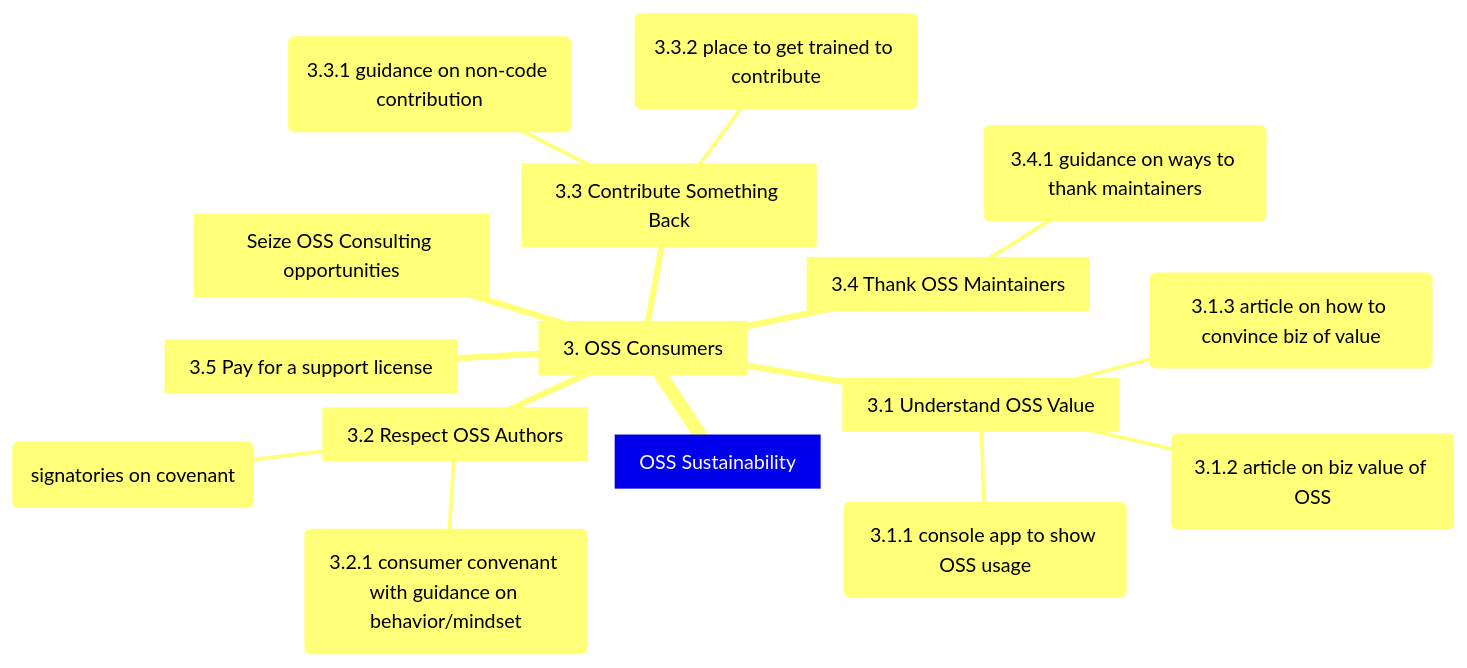
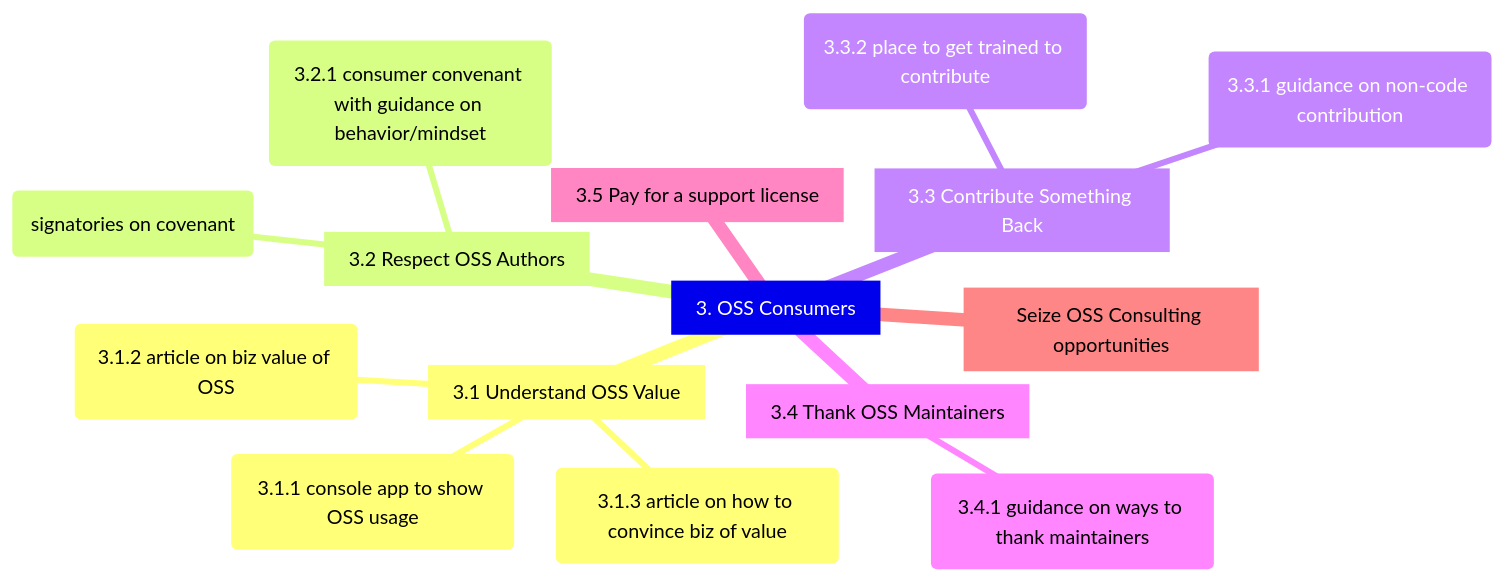
Before and after one commit to AWiderDotNET/home: the third of 8 diagrams in README.md, drawn with Mermaid. The commit also changed other lines of this file, not shown here.

````diff
--- a/README.md
+++ b/README.md
@@ -52,19 +50,18 @@
 ```mermaid
 mindmap
-  root[OSS Sustainability]
-    3[3. OSS Consumers]
-      3.1[3.1 Understand OSS Value]
-        3.1.1(3.1.1 console app to show OSS usage)
-        3.1.2(3.1.2 article on biz value of OSS)
-        3.1.3(3.1.3 article on how to convince biz of value)
-      3.2[3.2 Respect OSS Authors]
-        3.2.1(3.2.1 consumer convenant with guidance on behavior/mindset)
-        3.2.2(signatories on covenant)
-      3.3[3.3 Contribute Something Back]
-        3.3.1(3.3.1 guidance on non-code contribution)
-        3.3.2(3.3.2 place to get trained to contribute)
-      3.4[3.4 Thank OSS Maintainers]
-        3.4.1(3.4.1 guidance on ways to thank maintainers)
-      3.5[3.5 Pay for a support license]
-      3.6[Seize OSS Consulting opportunities]
+  3[3. OSS Consumers]
+    3.1[3.1 Understand OSS Value]
+      3.1.1(3.1.1 console app to show OSS usage)
+      3.1.2(3.1.2 article on biz value of OSS)
+      3.1.3(3.1.3 article on how to convince biz of value)
+    3.2[3.2 Respect OSS Authors]
+      3.2.1(3.2.1 consumer convenant with guidance on behavior/mindset)
+      3.2.2(signatories on covenant)
+    3.3[3.3 Contribute Something Back]
+      3.3.1(3.3.1 guidance on non-code contribution)
+      3.3.2(3.3.2 place to get trained to contribute)
+    3.4[3.4 Thank OSS Maintainers]
+      3.4.1(3.4.1 guidance on ways to thank maintainers)
+    3.5[3.5 Pay for a support license]
+    3.6[Seize OSS Consulting opportunities]
 ```
````
